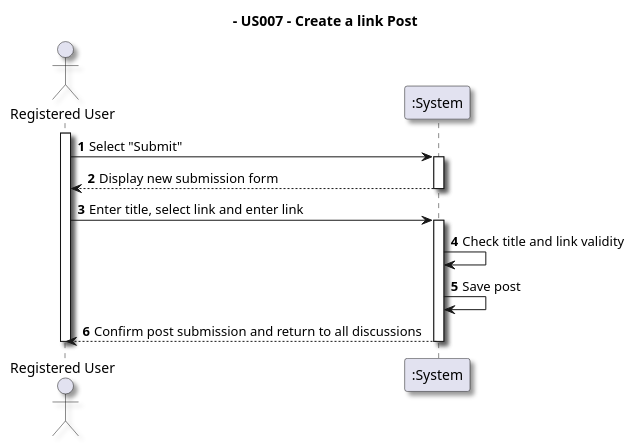
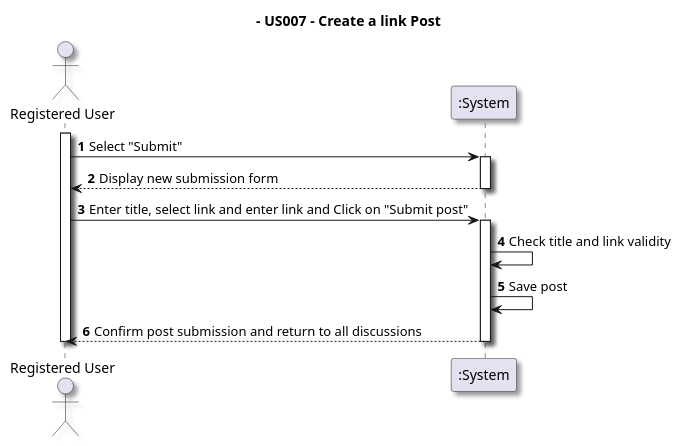
The diagram in docs/sprint01/us007/01.requirements-engineering/puml/us007-system-sequence-diagram-alternative.puml (TiagoMagalhaes1232507/Testando-projeto), drawn with PlantUML before and after one commit. The commit also changed 5 other files, not shown here.

```diff
--- a/docs/sprint01/us007/01.requirements-engineering/puml/us007-system-sequence-diagram-alternative.puml
+++ b/docs/sprint01/us007/01.requirements-engineering/puml/us007-system-sequence-diagram-alternative.puml
@@ -1,32 +1,32 @@
 @startuml System Sequence Diagram (SSD)
 skinparam monochrome false
 skinparam packageStyle rectangle
 skinparam shadowing true
 
 title  - US007 - Create a link Post
 
 autonumber
 
 actor "Registered User" as User
 participant ":System" as System
 
 activate User
 
 User -> System : Select "Submit"
 activate System
 
 System --> User : Display new submission form
 deactivate System
 
-User -> System : Enter title, select link and enter link
+User -> System : Enter title, select link and enter link and Click on "Submit post"
 activate System
 
 System -> System : Check title and link validity
 
 System -> System : Save post
 
 System --> User : Confirm post submission and return to all discussions
 deactivate System
 deactivate User
 
 @enduml
```
